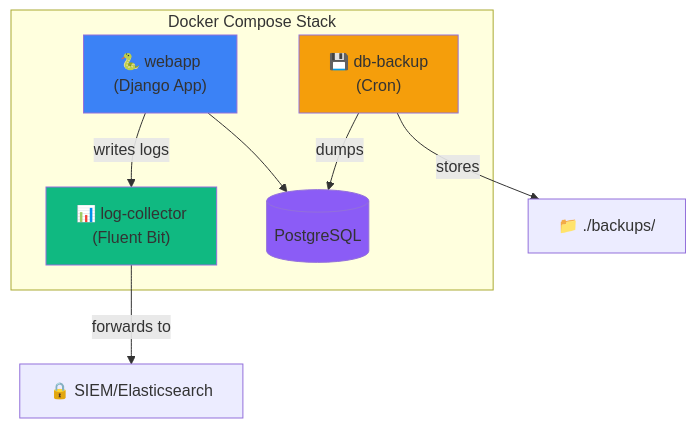
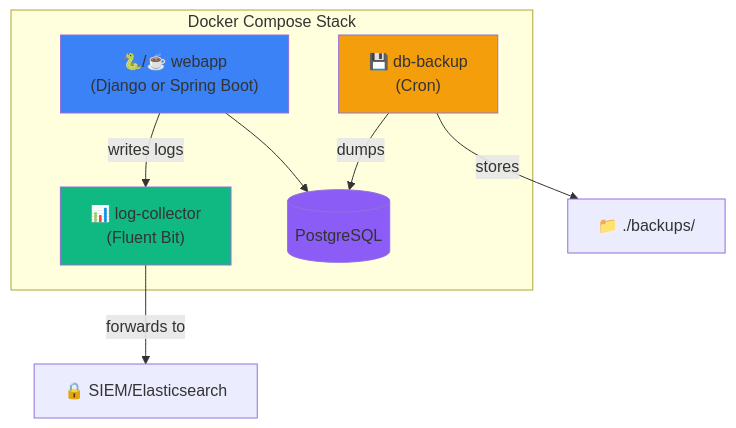
The first of 2 diagrams in README.md (nis2shield/infrastructure), drawn with Mermaid before and after one commit. The commit also changed other lines of this file and 2 other files, not shown here.

Commit message:
Add multi-framework support (Django + Spring Boot): update README, add Spring example, update Fluent Bit config

````diff
--- a/README.md
+++ b/README.md
@@ -29,21 +31,21 @@
 ```mermaid
 graph TB
     subgraph Docker["Docker Compose Stack"]
-        webapp["🐍 webapp<br/>(Django App)"]
+        webapp["🐍/☕ webapp<br/>(Django or Spring Boot)"]
         logs["📊 log-collector<br/>(Fluent Bit)"]
         backup["💾 db-backup<br/>(Cron)"]
         db[(PostgreSQL)]
         
         webapp --> |writes logs| logs
         webapp --> db
         backup --> |dumps| db
     end
     
     logs --> |forwards to| SIEM["🔒 SIEM/Elasticsearch"]
     backup --> |stores| Storage["📁 ./backups/"]
     
     style webapp fill:#3b82f6
     style logs fill:#10b981
     style backup fill:#f59e0b
     style db fill:#8b5cf6
 ```
````
